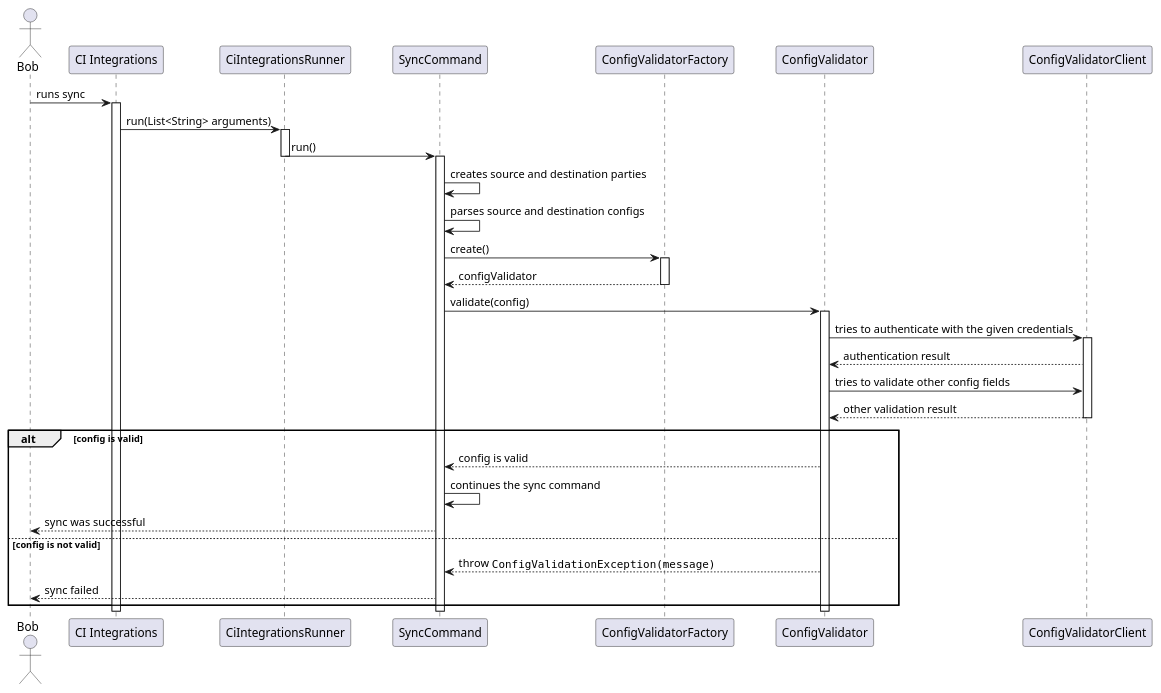
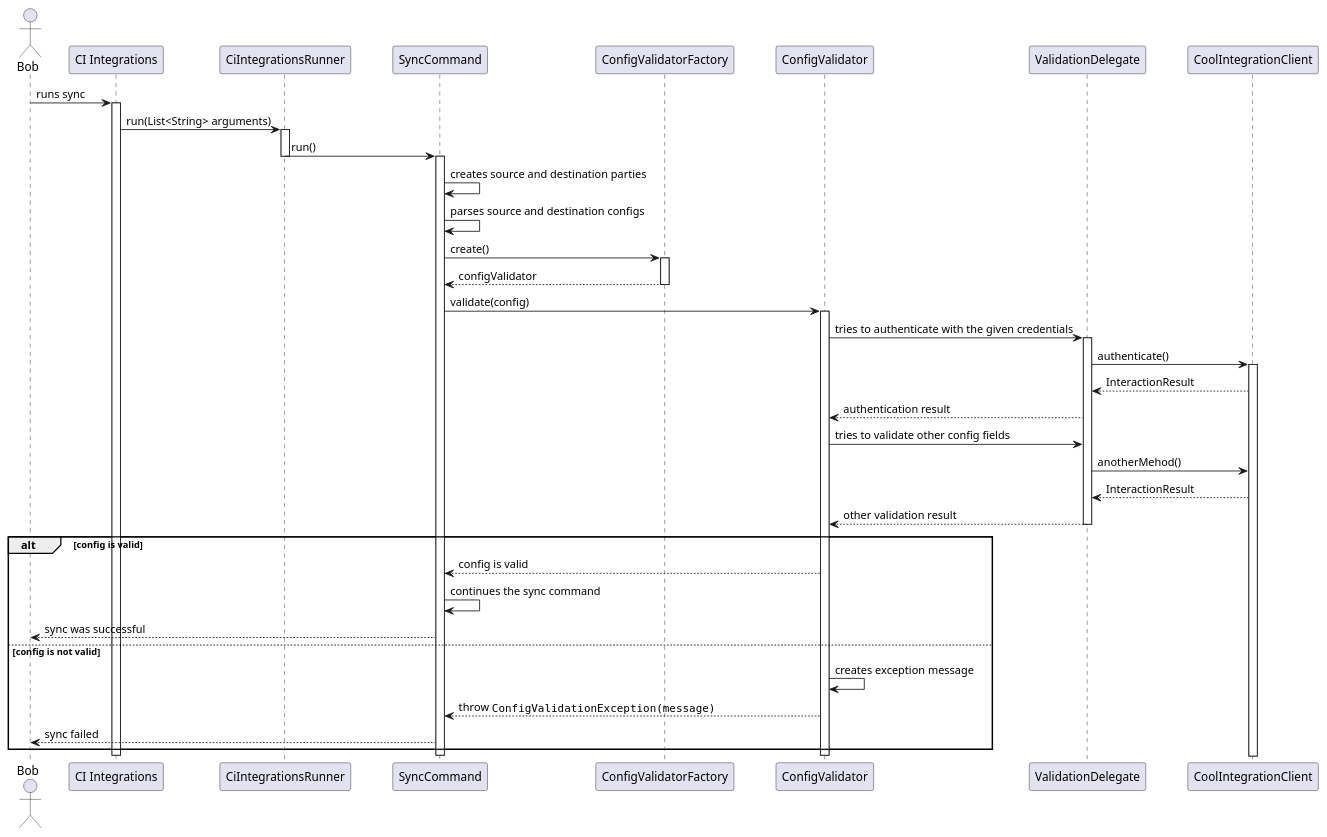
Before and after one commit to Flank/flank-dashboard: the diagram in metrics/ci_integrations/docs/diagrams/ci_integrations_config_validator_sequence_diagram.puml, drawn with PlantUML. The commit also changed 2 other files, not shown here.

Commit message:
Refactor documentation and diagrams

```diff
--- a/metrics/ci_integrations/docs/diagrams/ci_integrations_config_validator_sequence_diagram.puml
+++ b/metrics/ci_integrations/docs/diagrams/ci_integrations_config_validator_sequence_diagram.puml
@@ -1,65 +1,73 @@
 @startuml ci_integrations_config_validator_sequence_diagram
 
 skinparam ParticipantPadding 20
 skinparam BoxPadding 10
 
 actor Bob
 
 participant "CI Integrations"
 participant CiIntegrationsRunner
 participant SyncCommand
 participant ConfigValidatorFactory
 participant ConfigValidator
-participant ConfigValidatorClient
+participant ValidationDelegate
+participant CoolIntegrationClient
 
 Bob -> "CI Integrations" : runs sync
 activate "CI Integrations"
 
 "CI Integrations" -> CiIntegrationsRunner: run(List<String> arguments)
 activate CiIntegrationsRunner
 
 CiIntegrationsRunner -> SyncCommand: run()
 deactivate CiIntegrationsRunner
 activate SyncCommand
 
 SyncCommand -> SyncCommand : creates source and destination parties
 SyncCommand -> SyncCommand : parses source and destination configs
 
 SyncCommand -> ConfigValidatorFactory : create()
 activate ConfigValidatorFactory
 
 ConfigValidatorFactory --> SyncCommand : configValidator
 deactivate ConfigValidatorFactory
 
 SyncCommand -> ConfigValidator : validate(config)
 activate ConfigValidator
 
 
-ConfigValidator -> ConfigValidatorClient : tries to authenticate with the given credentials
-activate ConfigValidatorClient
+ConfigValidator -> ValidationDelegate : tries to authenticate with the given credentials
+activate ValidationDelegate
 
-ConfigValidatorClient --> ConfigValidator : authentication result
-ConfigValidator -> ConfigValidatorClient : tries to validate other config fields
-ConfigValidatorClient --> ConfigValidator : other validation result
+ValidationDelegate -> CoolIntegrationClient : authenticate()
+activate  CoolIntegrationClient
+CoolIntegrationClient --> ValidationDelegate : InteractionResult
 
-deactivate ConfigValidatorClient
+ValidationDelegate --> ConfigValidator : authentication result
+ConfigValidator -> ValidationDelegate : tries to validate other config fields
+ValidationDelegate -> CoolIntegrationClient : anotherMehod()
+CoolIntegrationClient --> ValidationDelegate : InteractionResult
+ValidationDelegate --> ConfigValidator : other validation result
+
+deactivate ValidationDelegate
 
 alt config is valid
 
     ConfigValidator --> SyncCommand : config is valid
     SyncCommand -> SyncCommand : continues the sync command
     SyncCommand --> Bob : sync was successful
 
 else config is not valid
 
+    ConfigValidator -> ConfigValidator : creates exception message
     ConfigValidator --> SyncCommand : throw ""ConfigValidationException(message)""
     SyncCommand --> Bob : sync failed
 
 end
 
 deactivate ConfigValidator
 
 deactivate "CI Integrations"
 deactivate SyncCommand
 
 @enduml
```
